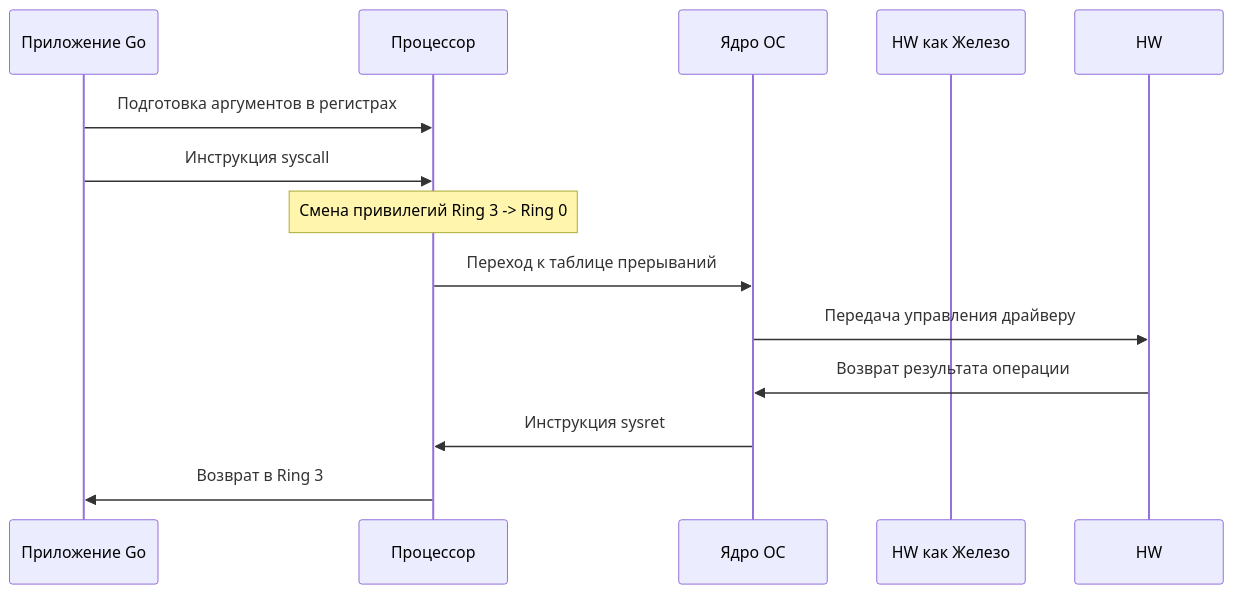
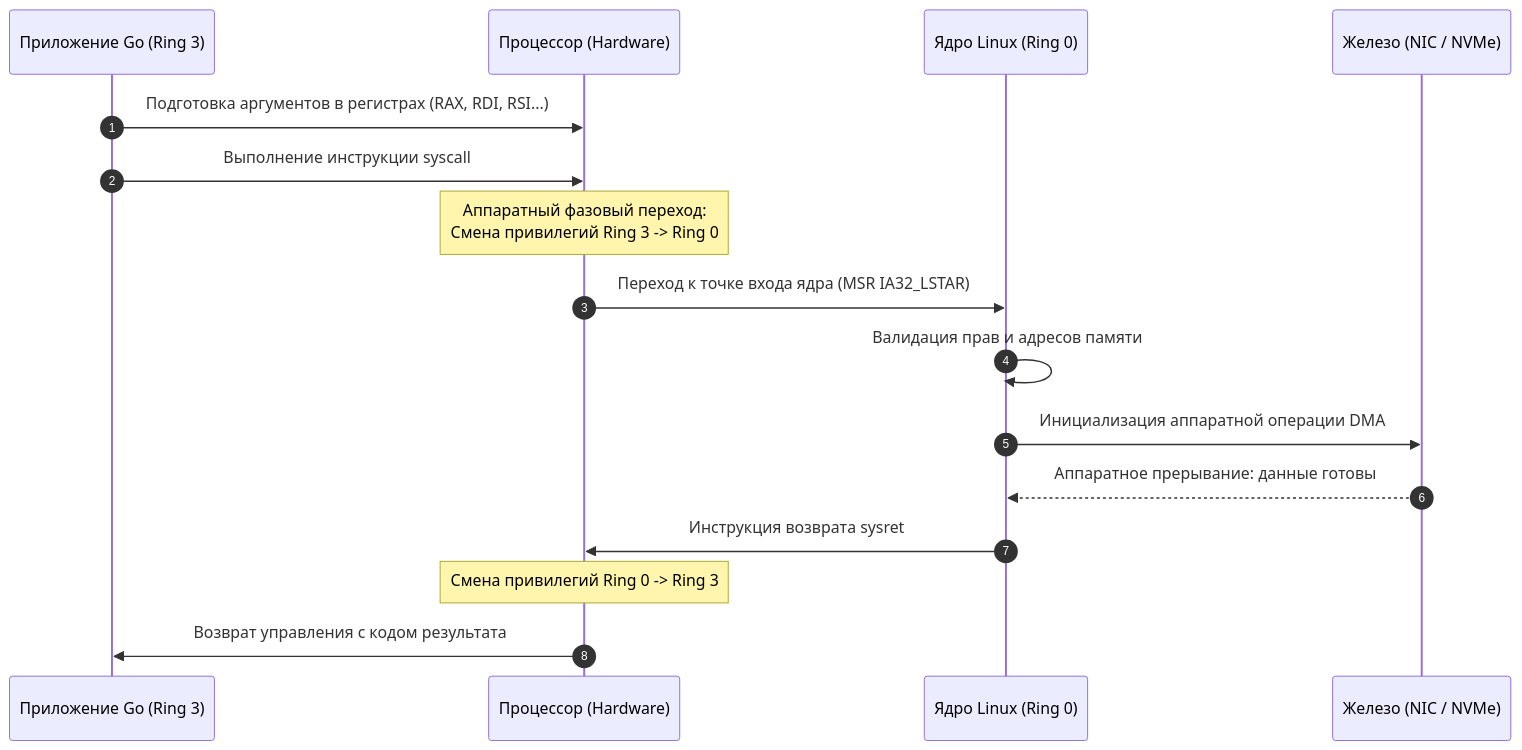
One commit to UnrealTemplier/go-textbook changed the diagram in sources/2. Устройство и работа ОС/2. Что такое операционная система. Ядро, user space и kernel space.md. Above: the diagram before and after it, drawn with Mermaid. The commit also changed other lines of this file, not shown here.

Commit message:
feat(module-02): editorial rewrite of Lecture 2 (OS Architecture, User Space and Kernel Space) in Kernighan style

````diff
--- a/sources/2. Устройство и работа ОС/2. Что такое операционная система. Ядро, user space и kernel space.md
+++ b/sources/2. Устройство и работа ОС/2. Что такое операционная система. Ядро, user space и kernel space.md
@@ -35,16 +65,19 @@
 ```mermaid
 sequenceDiagram
-    participant App as Приложение Go
-    participant CPU as Процессор
-    participant OS as Ядро ОС
-    participant HW как Железо
+    autonumber
+    participant App as Приложение Go (Ring 3)
+    participant CPU as Процессор (Hardware)
+    participant OS as Ядро Linux (Ring 0)
+    participant HW as Железо (NIC / NVMe)
 
-    App->>CPU: Подготовка аргументов в регистрах
-    App->>CPU: Инструкция syscall
-    Note over CPU: Смена привилегий Ring 3 -> Ring 0
-    CPU->>OS: Переход к таблице прерываний
-    OS->>HW: Передача управления драйверу
-    HW->>OS: Возврат результата операции
-    OS->>CPU: Инструкция sysret
-    CPU->>App: Возврат в Ring 3
+    App->>CPU: Подготовка аргументов в регистрах (RAX, RDI, RSI...)
+    App->>CPU: Выполнение инструкции syscall
+    Note over CPU: Аппаратный фазовый переход:<br/>Смена привилегий Ring 3 -> Ring 0
+    CPU->>OS: Переход к точке входа ядра (MSR IA32_LSTAR)
+    OS->>OS: Валидация прав и адресов памяти
+    OS->>HW: Инициализация аппаратной операции DMA
+    HW-->>OS: Аппаратное прерывание: данные готовы
+    OS->>CPU: Инструкция возврата sysret
+    Note over CPU: Смена привилегий Ring 0 -> Ring 3
+    CPU->>App: Возврат управления с кодом результата
 ```
````
